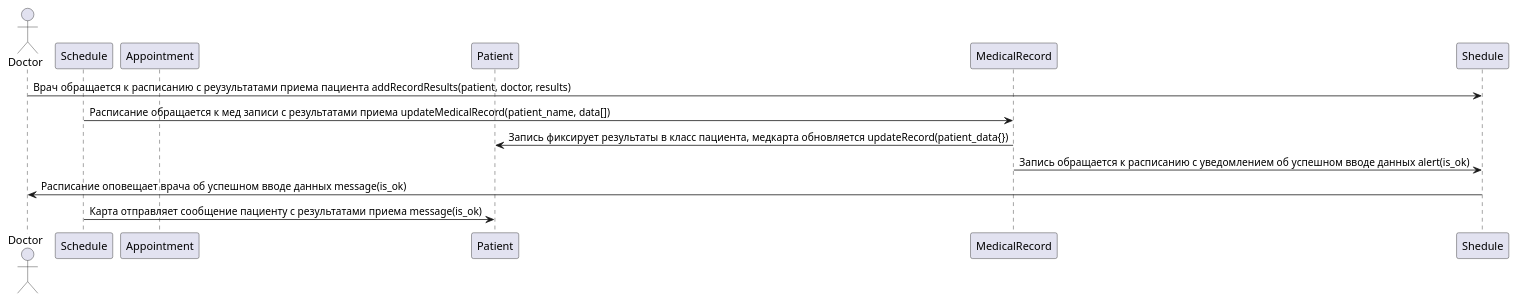
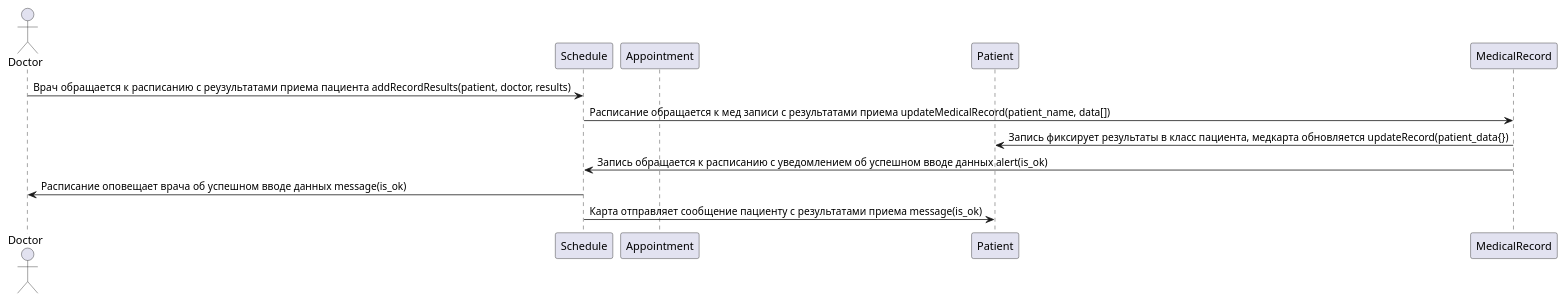
Before and after one commit to penamarth/bsbo-01-22_team2_var3: the diagram in sequence_diagram_2.md, drawn with PlantUML.

````diff
--- a/sequence_diagram_2.md
+++ b/sequence_diagram_2.md
@@ -1,21 +1,21 @@
 ```plantuml
 @startuml sequence_diagram_2
 
 actor Doctor
 
 participant Schedule
 participant Appointment
 participant Patient
 participant MedicalRecord
 
 
-Doctor -> Shedule: Врач обращается к расписанию с реузультатами приема пациента addRecordResults(patient, doctor, results)
+Doctor -> Schedule: Врач обращается к расписанию с реузультатами приема пациента addRecordResults(patient, doctor, results)
 Schedule -> MedicalRecord: Расписание обращается к мед записи с результатами приема updateMedicalRecord(patient_name, data[])
 MedicalRecord -> Patient: Запись фиксирует результаты в класс пациента, медкарта обновляется updateRecord(patient_data{})
-MedicalRecord -> Shedule: Запись обращается к расписанию с уведомлением об успешном вводе данных alert(is_ok)
-Shedule -> Doctor: Расписание оповещает врача об успешном вводе данных message(is_ok)
+MedicalRecord -> Schedule: Запись обращается к расписанию с уведомлением об успешном вводе данных alert(is_ok)
+Schedule -> Doctor: Расписание оповещает врача об успешном вводе данных message(is_ok)
 Schedule -> Patient: Карта отправляет сообщение пациенту с результатами приема message(is_ok)
 
 @enduml
 
 ```
````
